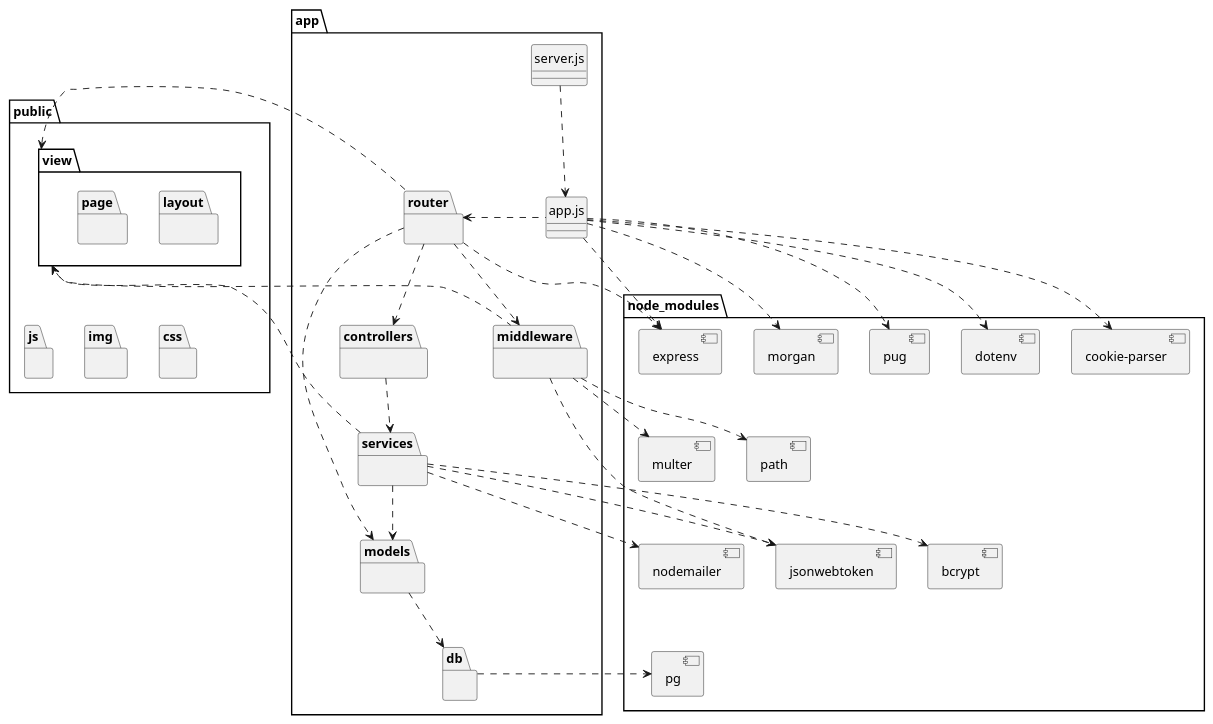
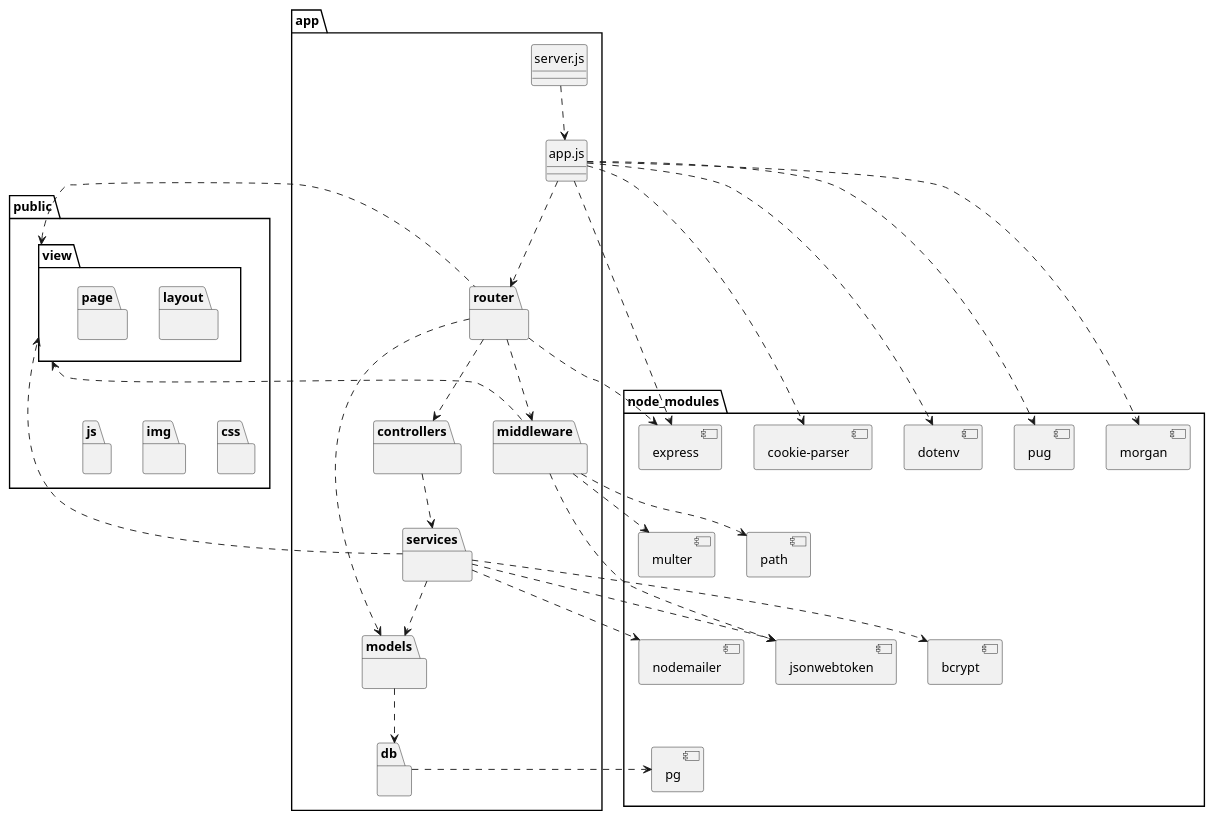
Before and after one commit to mpaulaherrero/tesis-frameworks-backend-diagrams: the diagram in logicalView/designView/express/architectureDesign/designPackageDiagram.plantuml, drawn with PlantUML.

```diff
--- a/logicalView/designView/express/architectureDesign/designPackageDiagram.plantuml
+++ b/logicalView/designView/express/architectureDesign/designPackageDiagram.plantuml
@@ -1,90 +1,90 @@
 @startuml
 skinparam style strictuml
 allow_mixing
 
 package app {
     class "server.js" as serverJS
     class "app.js" as appJS
     package router {}
     package middleware{}
     package controllers{}
     package models{}
     package services{}
     package db{}
 }
 
 package public{
     package css{}
     package img{}
     package js{}
     package view{
         package layout{}
         package page{}
     }
 }
 
 package node_modules{
     component express
     component multer
     component path
     component nodemailer
     component jsonwebtoken
     component bcrypt
     component morgan
     component [cookie-parser] as cookieParser
     component pg
     component dotenv
     component pug
 }
 
 serverJS .d.> appJS
 
-appJS .l.> router
+appJS .d.> router
 appJS .[hidden].> db
 appJS ..> morgan
 appJS ..> cookieParser
 appJS ..> express
 appJS ..> dotenv
 appJS ..> pug
 appJS .[hidden]left.> public.view
 
 router .left.> public.view
 router ..> express
 router ..> middleware
 router ..> controllers
 router ..> models
 
 middleware ..> multer
 middleware ..> path
 middleware ..> jsonwebtoken
 middleware .left.> public.view
 
 controllers ..> services
 
 services ..> models
 services ..> nodemailer
 services ..> jsonwebtoken
 services ..> bcrypt
 services ..> view
 
 models ..> db
 db .right.> pg
 
 view .[hidden]down.> css
 css .[hidden]left.> img
 img .[hidden]left.> js
 
 express .[hidden]left.> morgan
 morgan .[hidden]left.> cookieParser
 cookieParser .[hidden]left.> dotenv
 dotenv .[hidden]left.> pug
 
 express .[hidden]down.> path
 multer .[hidden]left.> path
 
 multer .[hidden]down.> bcrypt
 bcrypt .[hidden]left.> nodemailer
 nodemailer .[hidden]left.> jsonwebtoken
 
 nodemailer .[hidden]down.> pg
 @enduml
```
